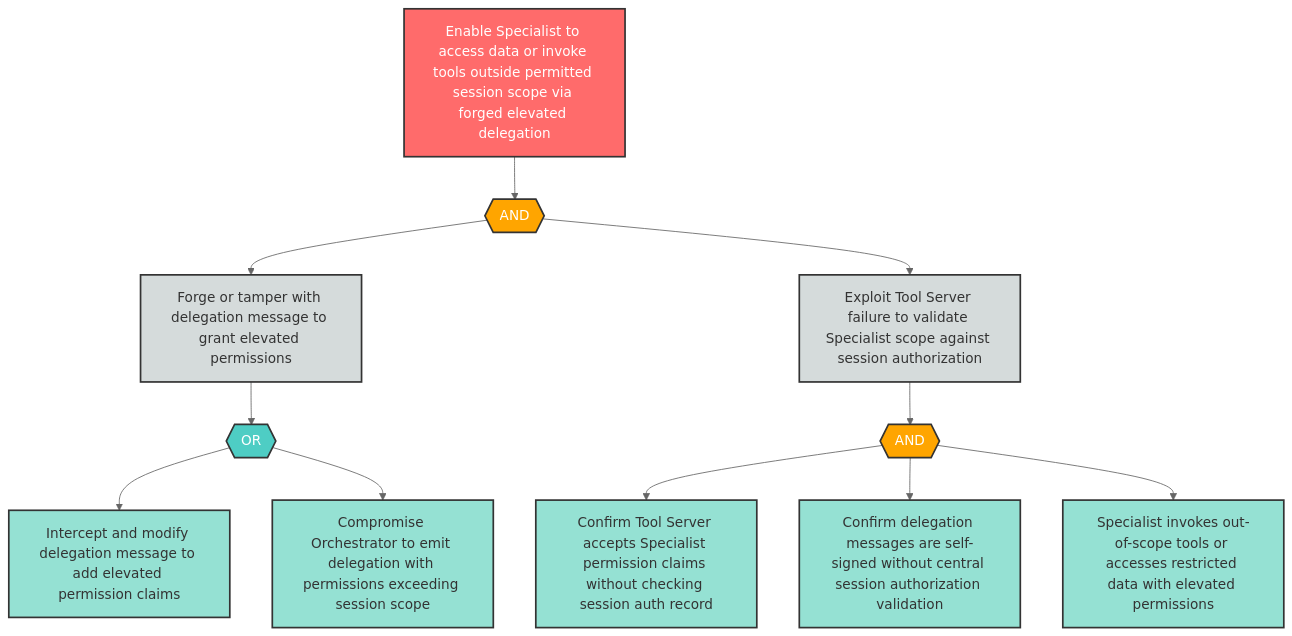
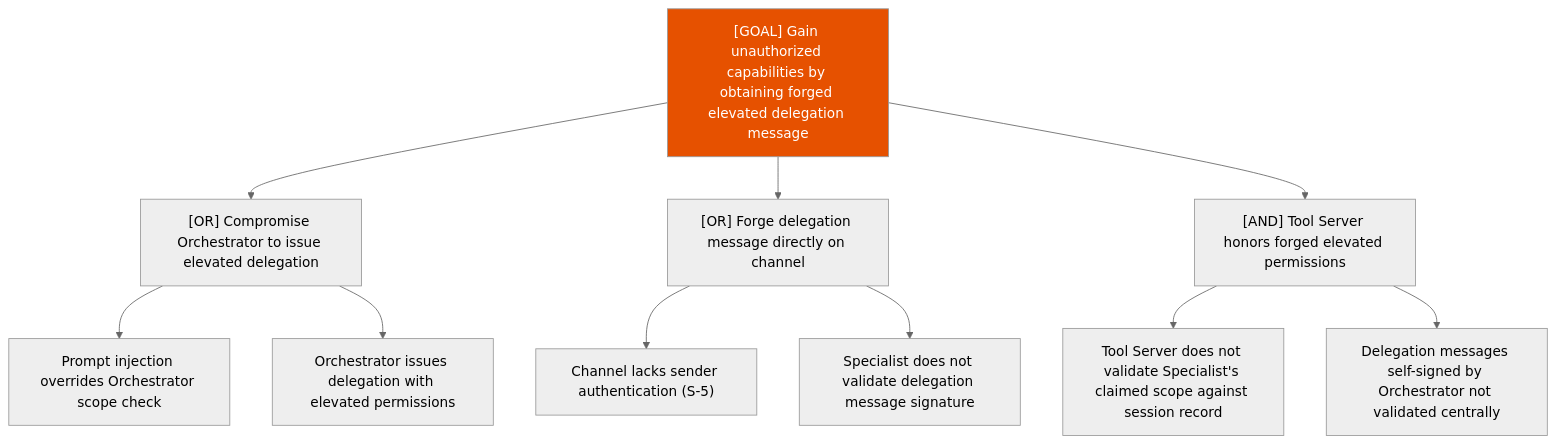
The diagram in examples/agentic-app/sample-report/attack-trees/e-3-attack-tree.md (q-qp-p/davidmatousek-tachi), drawn with Mermaid (neutral theme) before and after one commit. The commit also changed other lines of this file and 132 other files, not shown here.

````diff
--- a/examples/agentic-app/sample-report/attack-trees/e-3-attack-tree.md
+++ b/examples/agentic-app/sample-report/attack-trees/e-3-attack-tree.md
@@ -8,37 +7,15 @@
 ```mermaid
-flowchart TD
-    E3_root["Enable Specialist to access data or invoke tools outside permitted session scope via forged elevated delegation"]
-    E3_and1{{"AND"}}
-    E3_sub1["Forge or tamper with delegation message to grant elevated permissions"]
-    E3_sub2["Exploit Tool Server failure to validate Specialist scope against session authorization"]
-    E3_or1{{"OR"}}
-    E3_leaf1["Intercept and modify delegation message to add elevated permission claims"]
-    E3_leaf2["Compromise Orchestrator to emit delegation with permissions exceeding session scope"]
-    E3_and2{{"AND"}}
-    E3_leaf3["Confirm Tool Server accepts Specialist permission claims without checking session auth record"]
-    E3_leaf4["Confirm delegation messages are self-signed without central session authorization validation"]
-    E3_leaf5["Specialist invokes out-of-scope tools or accesses restricted data with elevated permissions"]
-
-    E3_root --> E3_and1
-    E3_and1 --> E3_sub1
-    E3_and1 --> E3_sub2
-    E3_sub1 --> E3_or1
-    E3_or1 --> E3_leaf1
-    E3_or1 --> E3_leaf2
-    E3_sub2 --> E3_and2
-    E3_and2 --> E3_leaf3
-    E3_and2 --> E3_leaf4
-    E3_and2 --> E3_leaf5
-
-    classDef goal fill:#ff6b6b,stroke:#333,stroke-width:2px,color:#fff
-    classDef andGate fill:#ffa500,stroke:#333,stroke-width:2px,color:#fff
-    classDef orGate fill:#4ecdc4,stroke:#333,stroke-width:2px,color:#fff
-    classDef subGoal fill:#d5dbdb,stroke:#333,stroke-width:2px,color:#333
-    classDef leaf fill:#95e1d3,stroke:#333,stroke-width:2px,color:#333
-
-    class E3_root goal
-    class E3_and1,E3_and2 andGate
-    class E3_or1 orGate
-    class E3_sub1,E3_sub2 subGoal
-    class E3_leaf1,E3_leaf2,E3_leaf3,E3_leaf4,E3_leaf5 leaf
+graph TD
+    Goal["[GOAL] Gain unauthorized capabilities by obtaining forged elevated delegation message"]
+    Goal --> A["[OR] Compromise Orchestrator to issue elevated delegation"]
+    A --> A1["Prompt injection overrides Orchestrator scope check"]
+    A --> A2["Orchestrator issues delegation with elevated permissions"]
+    Goal --> B["[OR] Forge delegation message directly on channel"]
+    B --> B1["Channel lacks sender authentication (S-5)"]
+    B --> B2["Specialist does not validate delegation message signature"]
+    Goal --> C["[AND] Tool Server honors forged elevated permissions"]
+    C --> C1["Tool Server does not validate Specialist's claimed scope against session record"]
+    C --> C2["Delegation messages self-signed by Orchestrator not validated centrally"]
+    classDef high fill:#e65100,color:#fff
+    class Goal high
 ```
````
